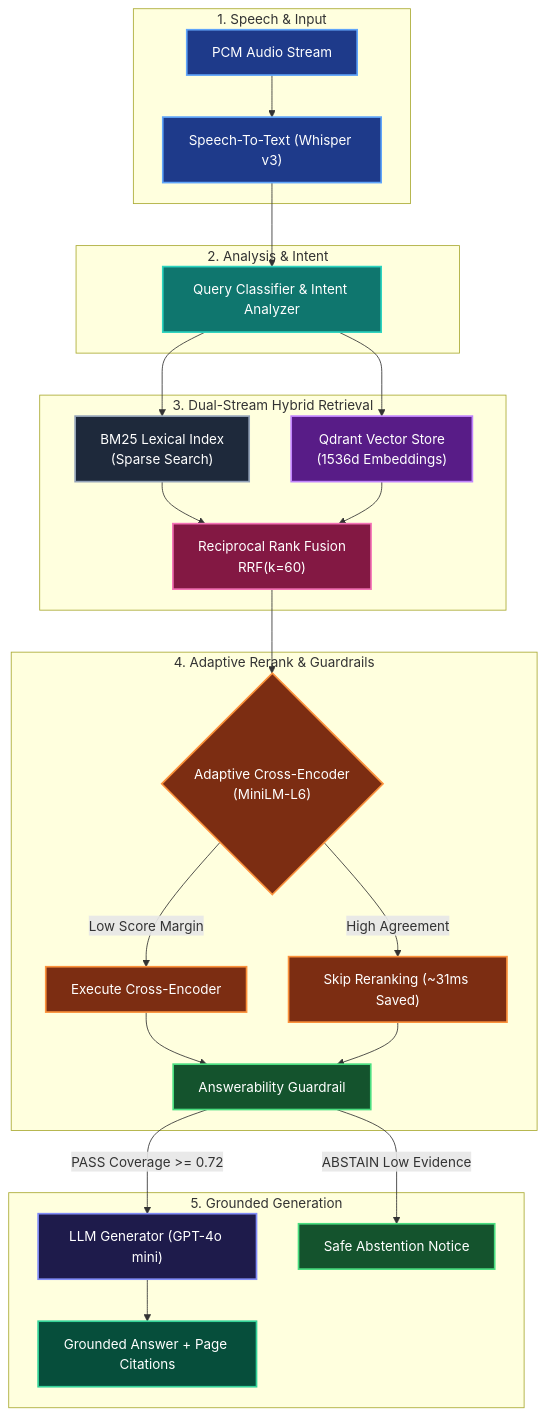
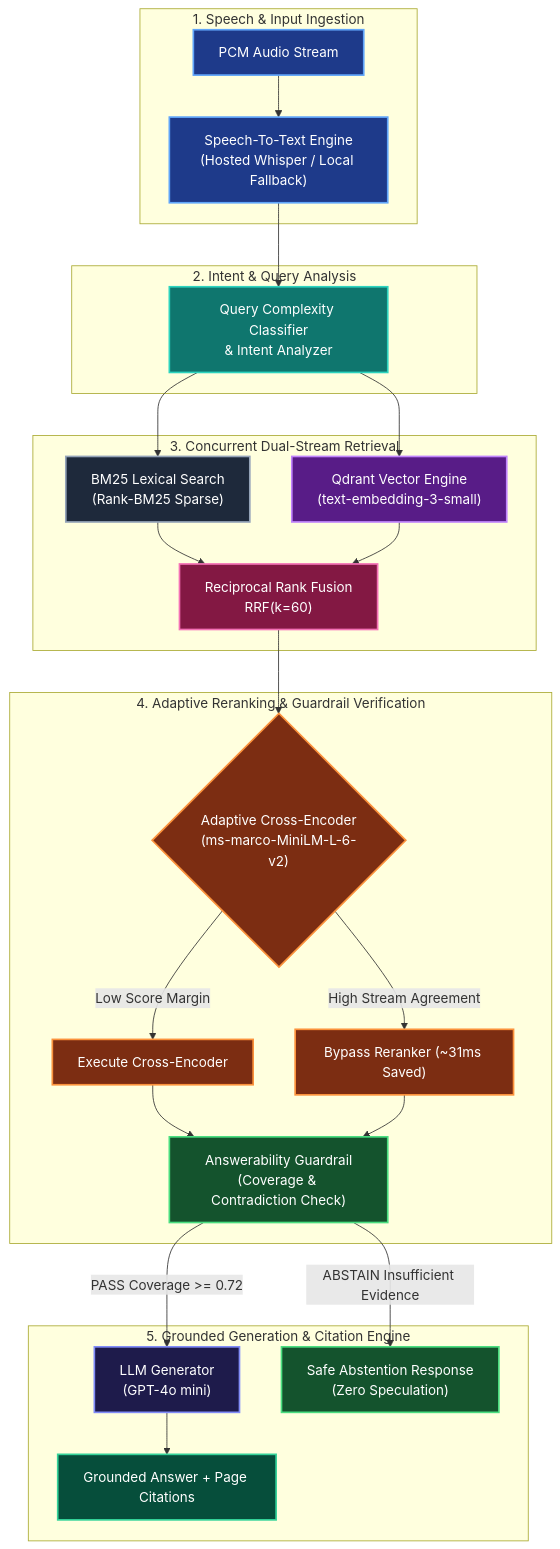
One commit to sanjanb/voice-rag changed the diagram in README.md. Above: the diagram before and after it, drawn with Mermaid. The commit also changed other lines of this file, not shown here.

````diff
--- a/README.md
+++ b/README.md
@@ -15,42 +49,42 @@
 ```mermaid
 flowchart TD
     %% Custom Node Styling
     classDef voice fill:#1e3a8a,stroke:#60a5fa,stroke-width:2px,color:#ffffff
     classDef query fill:#0f766e,stroke:#2dd4bf,stroke-width:2px,color:#ffffff
     classDef bm25 fill:#1e293b,stroke:#94a3b8,stroke-width:2px,color:#ffffff
     classDef dense fill:#581c87,stroke:#c084fc,stroke-width:2px,color:#ffffff
     classDef rrf fill:#831843,stroke:#f472b6,stroke-width:2px,color:#ffffff
     classDef rerank fill:#7c2d12,stroke:#fb923c,stroke-width:2px,color:#ffffff
     classDef guard fill:#14532d,stroke:#4ade80,stroke-width:2px,color:#ffffff
     classDef gen fill:#1e1b4b,stroke:#818cf8,stroke-width:2px,color:#ffffff
     classDef out fill:#064e3b,stroke:#34d399,stroke-width:2px,color:#ffffff
 
-    subgraph InputStage["1. Speech & Input"]
-        Audio["PCM Audio Stream"]:::voice --> STT["Speech-To-Text (Whisper v3)"]:::voice
+    subgraph InputStage["1. Speech & Input Ingestion"]
+        Audio["PCM Audio Stream"]:::voice --> STT["Speech-To-Text Engine<br/>(Hosted Whisper / Local Fallback)"]:::voice
     end
 
-    subgraph QueryStage["2. Analysis & Intent"]
-        STT --> QA["Query Classifier & Intent Analyzer"]:::query
+    subgraph QueryStage["2. Intent & Query Analysis"]
+        STT --> QA["Query Complexity Classifier<br/>& Intent Analyzer"]:::query
     end
 
-    subgraph RetrievalStage["3. Dual-Stream Hybrid Retrieval"]
-        QA --> BM25["BM25 Lexical Index<br/>(Sparse Search)"]:::bm25
-        QA --> Dense["Qdrant Vector Store<br/>(1536d Embeddings)"]:::dense
+    subgraph RetrievalStage["3. Concurrent Dual-Stream Retrieval"]
+        QA --> BM25["BM25 Lexical Search<br/>(Rank-BM25 Sparse)"]:::bm25
+        QA --> Dense["Qdrant Vector Engine<br/>(text-embedding-3-small)"]:::dense
         BM25 --> RRF["Reciprocal Rank Fusion<br/>RRF(k=60)"]:::rrf
         Dense --> RRF
     end
 
-    subgraph DecisionStage["4. Adaptive Rerank & Guardrails"]
-        RRF --> Rerank{"Adaptive Cross-Encoder<br/>(MiniLM-L6)"}:::rerank
+    subgraph DecisionStage["4. Adaptive Reranking & Guardrail Verification"]
+        RRF --> Rerank{"Adaptive Cross-Encoder<br/>(ms-marco-MiniLM-L-6-v2)"}:::rerank
         Rerank -->|Low Score Margin| RerankExec["Execute Cross-Encoder"]:::rerank
-        Rerank -->|High Agreement| SkipRerank["Skip Reranking (~31ms Saved)"]:::rerank
-        RerankExec --> Guard["Answerability Guardrail"]:::guard
+        Rerank -->|High Stream Agreement| SkipRerank["Bypass Reranker (~31ms Saved)"]:::rerank
+        RerankExec --> Guard["Answerability Guardrail<br/>(Coverage & Contradiction Check)"]:::guard
         SkipRerank --> Guard
     end
 
-    subgraph GenerationStage["5. Grounded Generation"]
-        Guard -->|PASS Coverage >= 0.72| Gen["LLM Generator (GPT-4o mini)"]:::gen
-        Guard -->|ABSTAIN Low Evidence| Abstain["Safe Abstention Notice"]:::guard
+    subgraph GenerationStage["5. Grounded Generation & Citation Engine"]
+        Guard -->|PASS Coverage >= 0.72| Gen["LLM Generator<br/>(GPT-4o mini)"]:::gen
+        Guard -->|ABSTAIN Insufficient Evidence| Abstain["Safe Abstention Response<br/>(Zero Speculation)"]:::guard
         Gen --> Output["Grounded Answer + Page Citations"]:::out
     end
 ```
````
